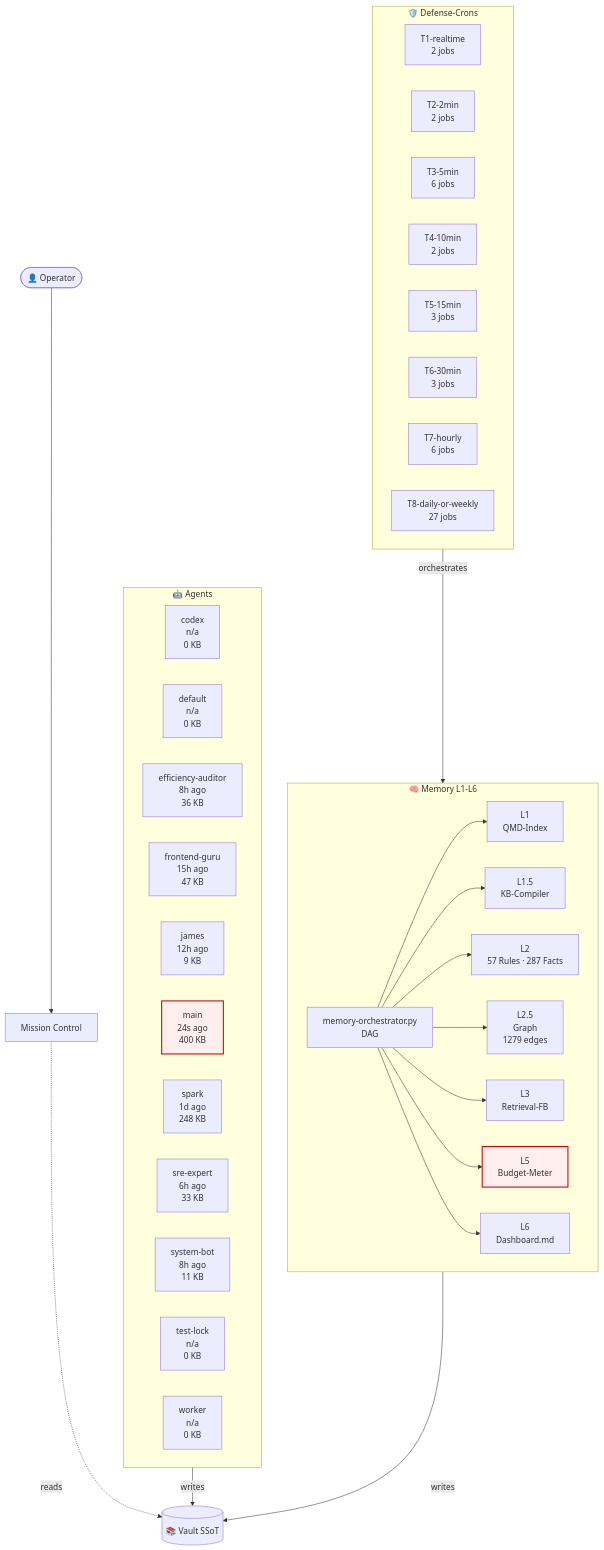
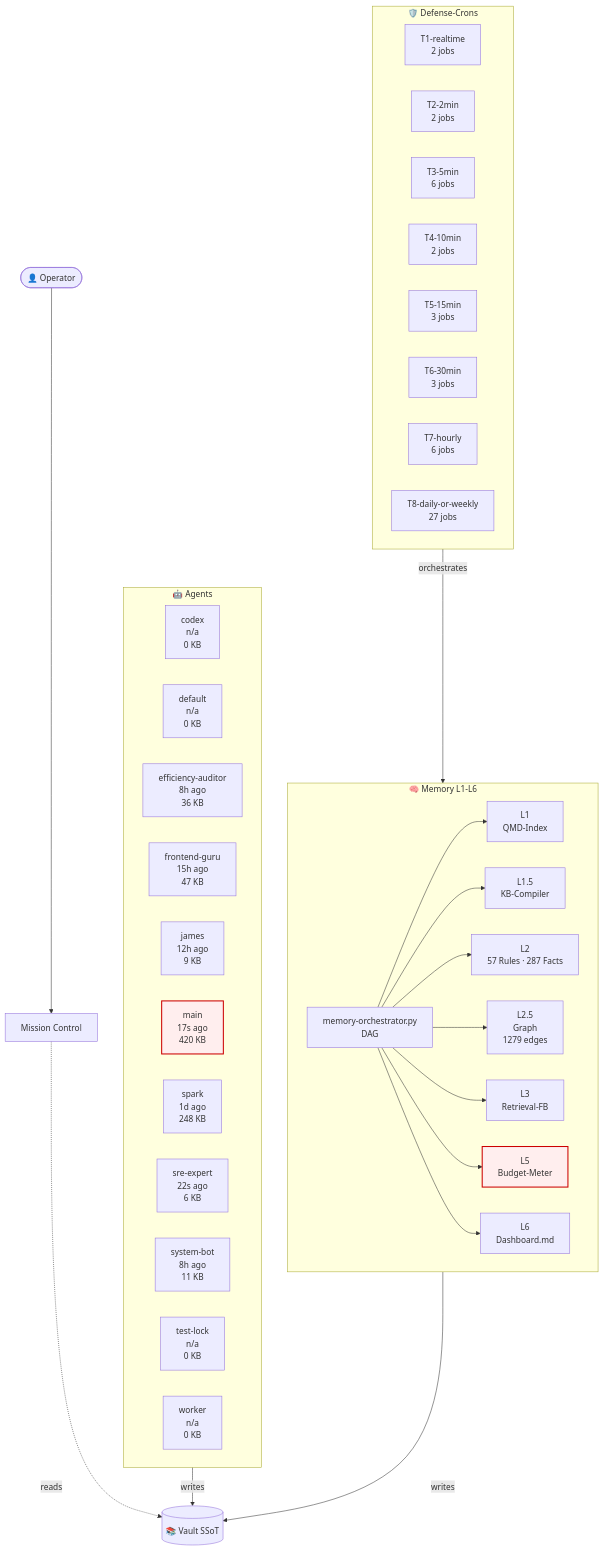
One commit to lenardhuebner88-rgb/openclaw-memory changed the diagram in 03-Agents/architecture-live.md. Above: the diagram before and after it, drawn with Mermaid. The commit also changed other lines of this file and 13 other files, not shown here.

````diff
--- a/03-Agents/architecture-live.md
+++ b/03-Agents/architecture-live.md
@@ -18,54 +18,54 @@
 ```mermaid
 flowchart TB
     classDef critical fill:#fee,stroke:#c00,stroke-width:2px;
     subgraph AGT["🤖 Agents"]
         agent_codex["codex<br/>n/a<br/>0 KB"]
         agent_default["default<br/>n/a<br/>0 KB"]
         agent_efficiency_auditor["efficiency-auditor<br/>8h ago<br/>36 KB"]
         agent_frontend_guru["frontend-guru<br/>15h ago<br/>47 KB"]
         agent_james["james<br/>12h ago<br/>9 KB"]
-        agent_main["main<br/>24s ago<br/>400 KB"]
+        agent_main["main<br/>17s ago<br/>420 KB"]
         agent_spark["spark<br/>1d ago<br/>248 KB"]
-        agent_sre_expert["sre-expert<br/>6h ago<br/>33 KB"]
+        agent_sre_expert["sre-expert<br/>22s ago<br/>6 KB"]
         agent_system_bot["system-bot<br/>8h ago<br/>11 KB"]
         agent_test_lock["test-lock<br/>n/a<br/>0 KB"]
         agent_worker["worker<br/>n/a<br/>0 KB"]
     end
     subgraph MEM["🧠 Memory L1-L6"]
         L1["L1<br/>QMD-Index"]
         L15["L1.5<br/>KB-Compiler"]
         L2["L2<br/>57 Rules · 287 Facts"]
         L25["L2.5<br/>Graph<br/>1279 edges"]
         L3["L3<br/>Retrieval-FB"]
         L5["L5<br/>Budget-Meter"]
         L6["L6<br/>Dashboard.md"]
         ORCH["memory-orchestrator.py<br/>DAG"]
     end
     subgraph CRN["🛡️ Defense-Crons"]
         tier_T1_realtime["T1-realtime<br/>2 jobs"]
         tier_T2_2min["T2-2min<br/>2 jobs"]
         tier_T3_5min["T3-5min<br/>6 jobs"]
         tier_T4_10min["T4-10min<br/>2 jobs"]
         tier_T5_15min["T5-15min<br/>3 jobs"]
         tier_T6_30min["T6-30min<br/>3 jobs"]
         tier_T7_hourly["T7-hourly<br/>6 jobs"]
         tier_T8_daily_or_weekly["T8-daily-or-weekly<br/>27 jobs"]
     end
     VAULT[("📚 Vault SSoT")]
     OP([👤 Operator])
     MC["Mission Control"]
     OP --> MC
     MC -.reads.-> VAULT
     AGT -->|writes| VAULT
     MEM -->|writes| VAULT
     ORCH --> L1
     ORCH --> L15
     ORCH --> L2
     ORCH --> L25
     ORCH --> L3
     ORCH --> L5
     ORCH --> L6
     CRN -->|orchestrates| MEM
     class L5 critical
     class agent_main critical
 ```
````
